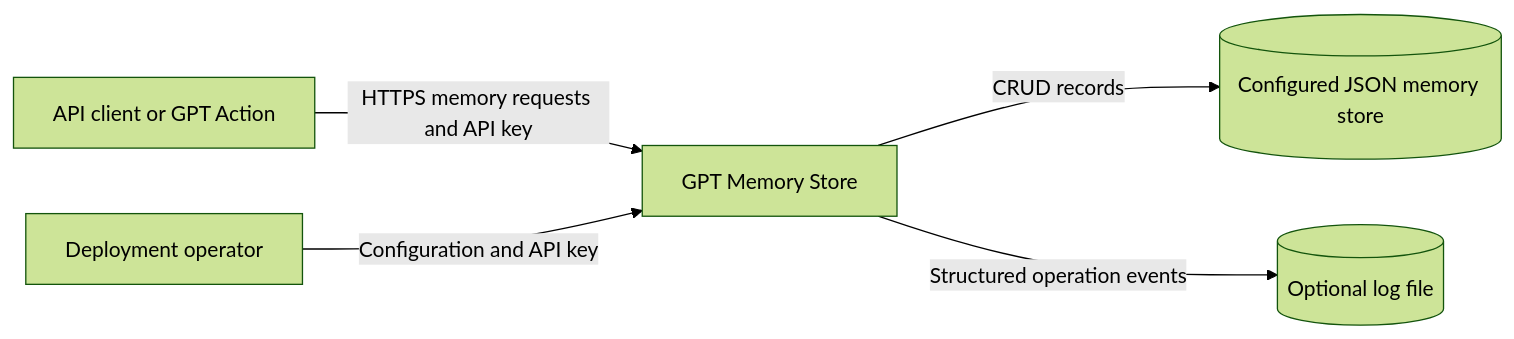
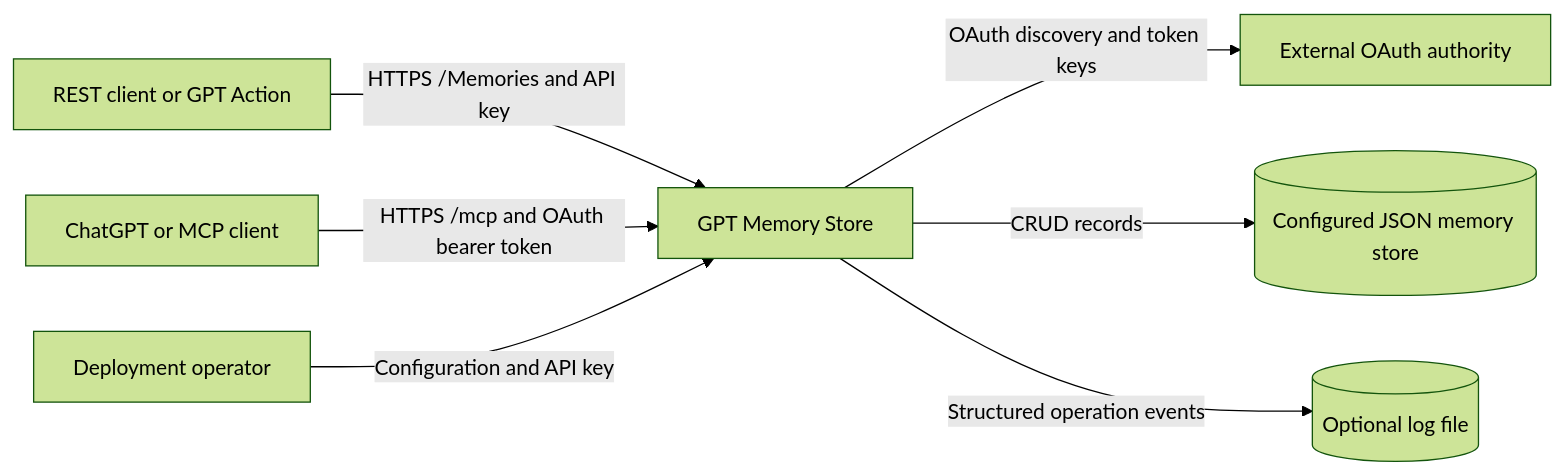
The first of 7 diagrams in ARCHITECTURE.md (hmlendea/gpt-memory-store), drawn with Mermaid (forest theme) before and after one commit. The commit also changed other lines of this file and 3 other files, not shown here.

Commit message:
mcp: Document MCP architecture, security and privacy boundaries

````diff
--- a/ARCHITECTURE.md
+++ b/ARCHITECTURE.md
@@ -48,7 +49,9 @@
 ```mermaid
 flowchart LR
-    Client[API client or GPT Action] -->|HTTPS memory requests and API key| Service[GPT Memory Store]
+    RestClient[REST client or GPT Action] -->|HTTPS /Memories and API key| Service[GPT Memory Store]
+    McpClient[ChatGPT or MCP client] -->|HTTPS /mcp and OAuth bearer token| Service
+    Service -->|OAuth discovery and token keys| Authority[External OAuth authority]
     Service -->|CRUD records| Store[(Configured JSON memory store)]
     Service -->|Structured operation events| Log[(Optional log file)]
     Operator[Deployment operator] -->|Configuration and API key| Service
 ```
````
